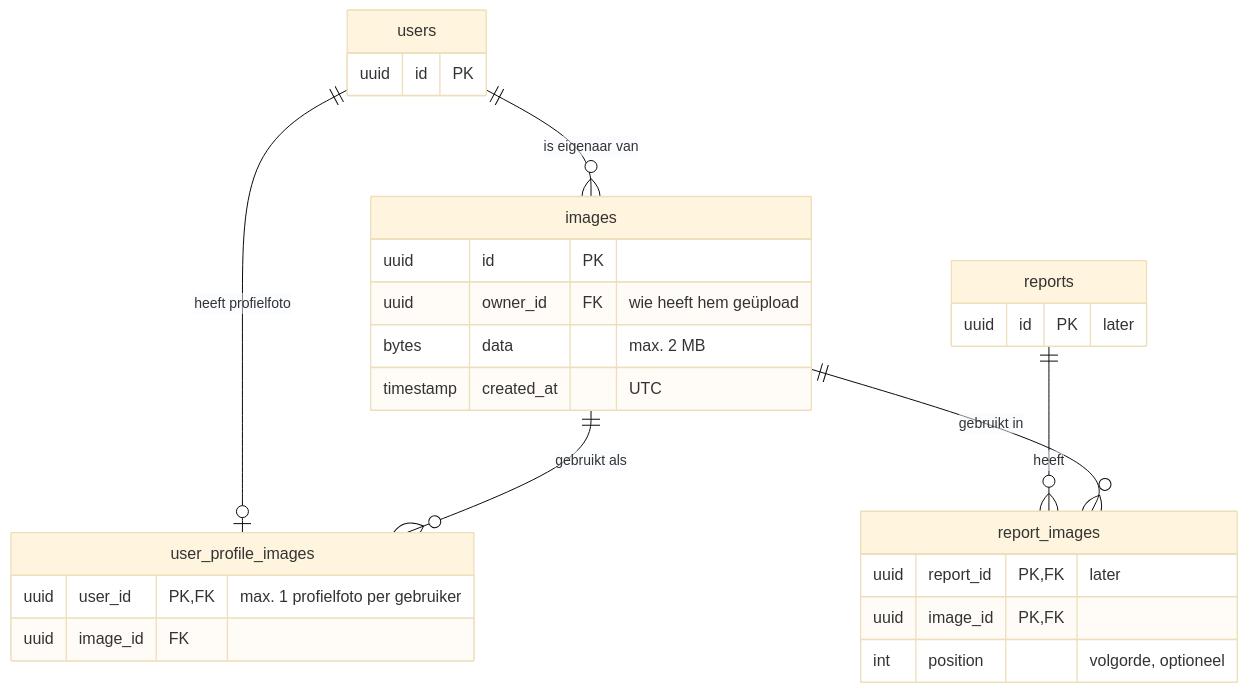
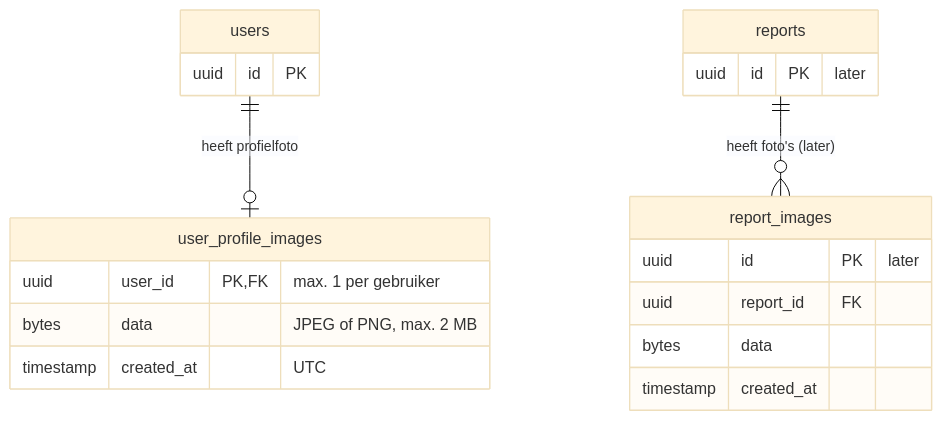
Before and after one commit to CleanPrompt/brul: the diagram in conversatie/03-plan-afbeeldingen.md, drawn with Mermaid (base theme). The commit also changed other lines of this file and 38 other files, not shown here.

````diff
--- a/conversatie/03-plan-afbeeldingen.md
+++ b/conversatie/03-plan-afbeeldingen.md
@@ -39,29 +46,22 @@
 ```mermaid
 erDiagram
+    users ||--o| user_profile_images : "heeft profielfoto"
+    reports ||--o{ report_images : "heeft foto's (later)"
     users {
         uuid id PK
     }
-    images {
-        uuid id PK
-        uuid owner_id FK "wie heeft hem geüpload"
-        bytes data "max. 2 MB"
+    user_profile_images {
+        uuid user_id PK, FK "max. 1 per gebruiker"
+        bytes data "JPEG of PNG, max. 2 MB"
         timestamp created_at "UTC"
-    }
-    user_profile_images {
-        uuid user_id PK, FK "max. 1 profielfoto per gebruiker"
-        uuid image_id FK
     }
     reports {
         uuid id PK "later"
     }
     report_images {
-        uuid report_id PK, FK "later"
-        uuid image_id PK, FK
-        int position "volgorde, optioneel"
+        uuid id PK "later"
+        uuid report_id FK
+        bytes data
+        timestamp created_at
     }
-    users ||--o{ images : "is eigenaar van"
-    users ||--o| user_profile_images : "heeft profielfoto"
-    images ||--o{ user_profile_images : "gebruikt als"
-    reports ||--o{ report_images : "heeft"
-    images ||--o{ report_images : "gebruikt in"
 ```
````
